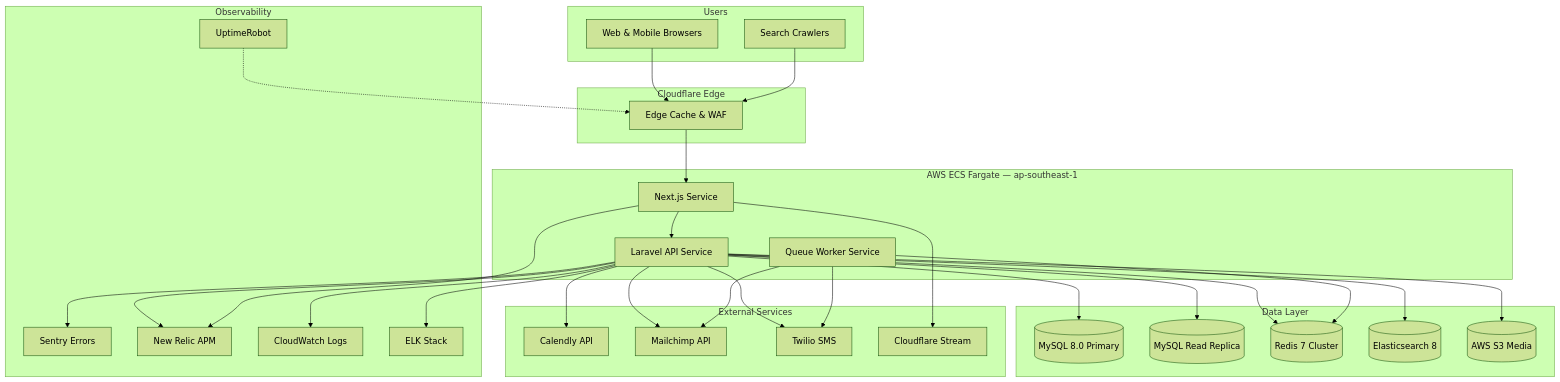
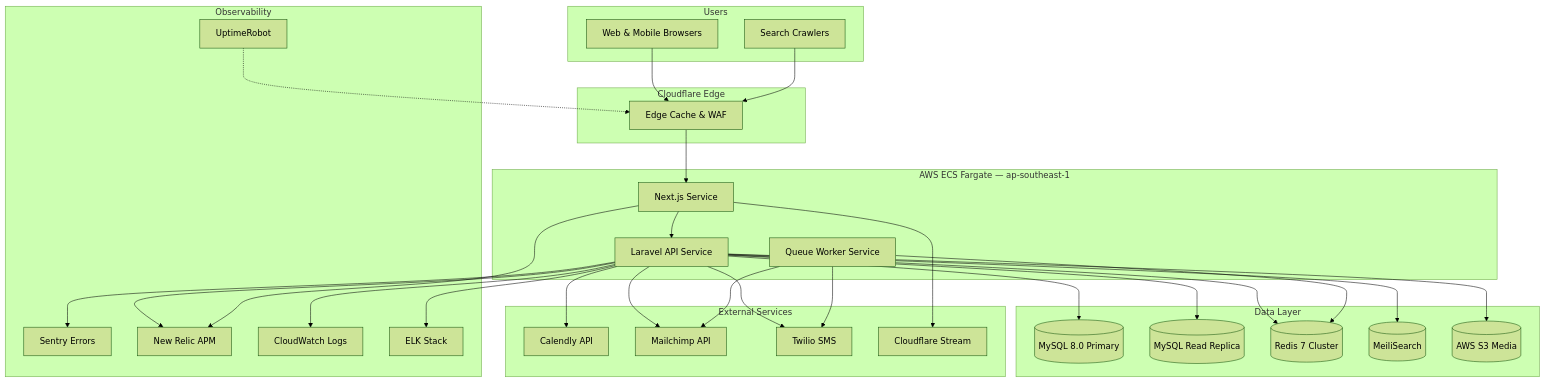
One commit to nordeim/ElderCare-SG-Compassionate-Daycare-Solutions changed the first of 2 diagrams in CLAUDE.md. Above: the diagram before and after it, drawn with Mermaid (forest theme). The commit also changed other lines of this file and 4 other files, not shown here.

````diff
--- a/CLAUDE.md
+++ b/CLAUDE.md
@@ -137,62 +137,62 @@
 ```mermaid
 flowchart TB
     subgraph "Users"
         Browser[Web & Mobile Browsers]
         Crawler[Search Crawlers]
     end
 
     subgraph "Cloudflare Edge"
         CDN[Edge Cache & WAF]
     end
 
     subgraph "AWS ECS Fargate — ap-southeast-1"
         NextService[Next.js Service]
         LaravelService[Laravel API Service]
         WorkerService[Queue Worker Service]
     end
 
     subgraph "Data Layer"
-        MySQLPrimary[(MySQL 8.0 Primary)]
-        MySQLReplica[(MySQL Read Replica)]
-        Redis[(Redis 7 Cluster)]
-        Elastic[(Elasticsearch 8)]
+  MySQLPrimary[(MySQL 8.0 Primary)]
+  MySQLReplica[(MySQL Read Replica)]
+  Redis[(Redis 7 Cluster)]
+  Elastic[(MeiliSearch)]
         S3[(AWS S3 Media)]
     end
 
     subgraph "External Services"
         Calendly[Calendly API]
         Mailchimp[Mailchimp API]
         Twilio[Twilio SMS]
         Stream[Cloudflare Stream]
     end
 
     subgraph "Observability"
         Sentry[Sentry Errors]
         NewRelic[New Relic APM]
         CloudWatch[CloudWatch Logs]
         UptimeRobot[UptimeRobot]
         ELK[ELK Stack]
     end
 
     Browser --> CDN --> NextService
     Crawler --> CDN
     NextService --> LaravelService
     LaravelService --> MySQLPrimary
     LaravelService --> MySQLReplica
     LaravelService --> Redis
     LaravelService --> Elastic
     LaravelService --> S3
     LaravelService --> Calendly
     LaravelService --> Mailchimp
     LaravelService --> Twilio
     NextService --> Stream
     WorkerService --> Redis
     WorkerService --> Mailchimp
     WorkerService --> Twilio
     LaravelService --> Sentry
     LaravelService --> NewRelic
     LaravelService --> CloudWatch
     NextService --> NewRelic
     UptimeRobot -.-> CDN
     LaravelService --> ELK
 ```
````
